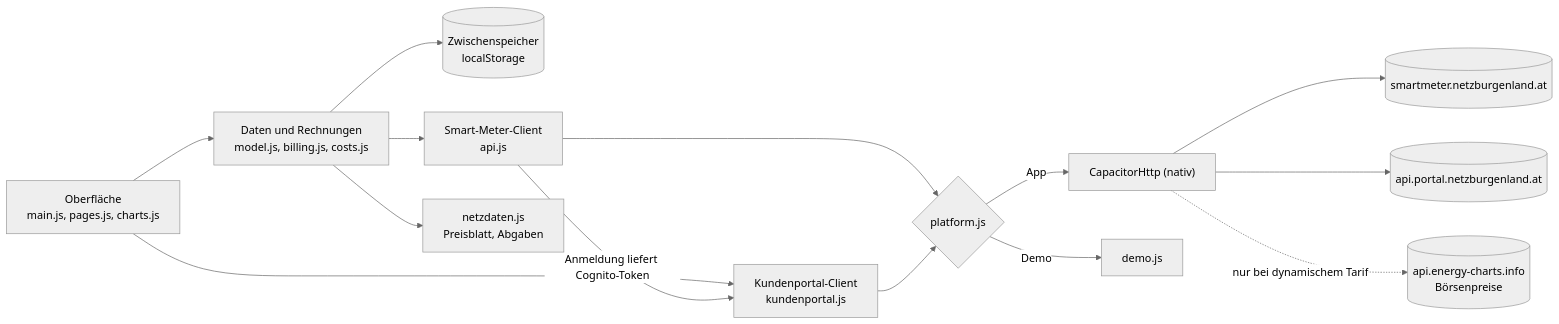
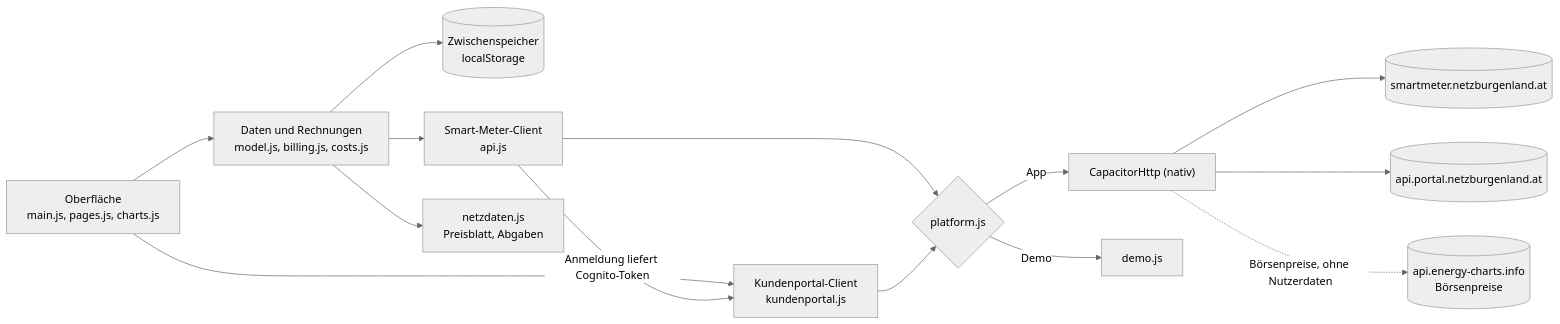
Before and after one commit to xionix3/netzblick: the diagram in README.md, drawn with Mermaid (neutral theme). The commit also changed other lines of this file and 33 other files, not shown here.

````diff
--- a/README.md
+++ b/README.md
@@ -248,16 +260,16 @@
 ```mermaid
 flowchart LR
   UI["Oberfläche<br/>main.js, pages.js, charts.js"] --> M["Daten und Rechnungen<br/>model.js, billing.js, costs.js"]
   M --> C[("Zwischenspeicher<br/>localStorage")]
   M --> A["Smart-Meter-Client<br/>api.js"]
   UI --> K["Kundenportal-Client<br/>kundenportal.js"]
   A -- "Anmeldung liefert Cognito-Token" --> K
   A --> H{"platform.js"}
   K --> H
   H -- "App" --> N["CapacitorHttp (nativ)"]
   N --> P[("smartmeter.netzburgenland.at")]
   N --> Q[("api.portal.netzburgenland.at")]
-  N -. "nur bei dynamischem Tarif" .-> S[("api.energy-charts.info<br/>Börsenpreise")]
+  N -. "Börsenpreise, ohne Nutzerdaten" .-> S[("api.energy-charts.info<br/>Börsenpreise")]
   H -- "Demo" --> D["demo.js"]
   M --> R["netzdaten.js<br/>Preisblatt, Abgaben"]
 ```
````
